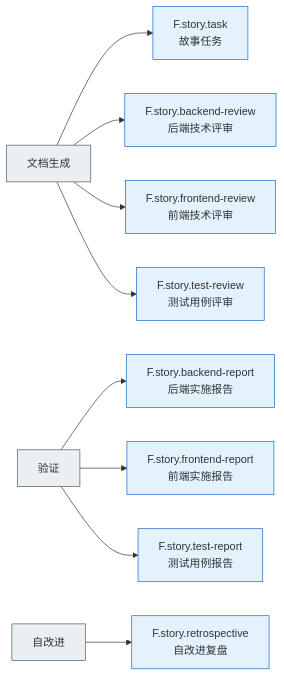
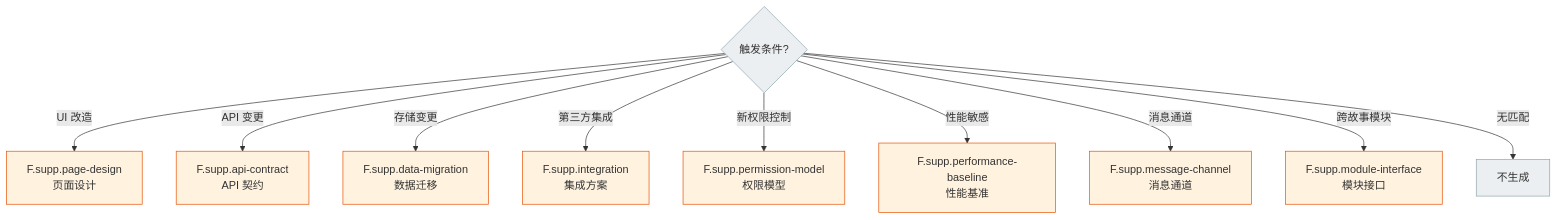
The tenth of 11 diagrams in skills/rui/formulas.md (effiy/YrY), drawn with Mermaid before and after one commit. The commit also changed other lines of this file and 18 other files, not shown here.

````diff
--- a/skills/rui/formulas.md
+++ b/skills/rui/formulas.md
@@ -101,13 +296,17 @@
 ```mermaid
-flowchart LR
-    P1[文档生成]:::s --> F01[F.story.task<br/>故事任务]:::f
-    P1 --> F02[F.story.backend-review<br/>后端技术评审]:::f
-    P1 --> F03[F.story.frontend-review<br/>前端技术评审]:::f
-    P1 --> F04[F.story.test-review<br/>测试用例评审]:::f
-    P2[验证]:::s --> F05[F.story.backend-report<br/>后端实施报告]:::f
-    P2 --> F06[F.story.frontend-report<br/>前端实施报告]:::f
-    P2 --> F07[F.story.test-report<br/>测试用例报告]:::f
-    P3[自改进]:::s --> F08[F.story.retrospective<br/>自改进复盘]:::f
-    classDef s fill:#eceff1,stroke:#455a64;
-    classDef f fill:#e3f2fd,stroke:#1565c0;
+flowchart TD
+    DEC{触发条件?} -->|UI 改造| S_PAGE["F.supp.page-design<br/>页面设计"]
+    DEC -->|API 变更| S_API["F.supp.api-contract<br/>API 契约"]
+    DEC -->|存储变更| S_DATA["F.supp.data-migration<br/>数据迁移"]
+    DEC -->|第三方集成| S_INT["F.supp.integration<br/>集成方案"]
+    DEC -->|新权限控制| S_PERM["F.supp.permission-model<br/>权限模型"]
+    DEC -->|性能敏感| S_PERF["F.supp.performance-baseline<br/>性能基准"]
+    DEC -->|消息通道| S_MSG["F.supp.message-channel<br/>消息通道"]
+    DEC -->|跨故事模块| S_MOD["F.supp.module-interface<br/>模块接口"]
+    DEC -->|无匹配| SKIP["不生成"]
+
+    classDef supp fill:#fff3e0,stroke:#e65100;
+    classDef nodec fill:#eceff1,stroke:#90a4ae;
+    class S_PAGE,S_API,S_DATA,S_INT,S_PERM,S_PERF,S_MSG,S_MOD supp;
+    class DEC,SKIP nodec;
 ```
````
